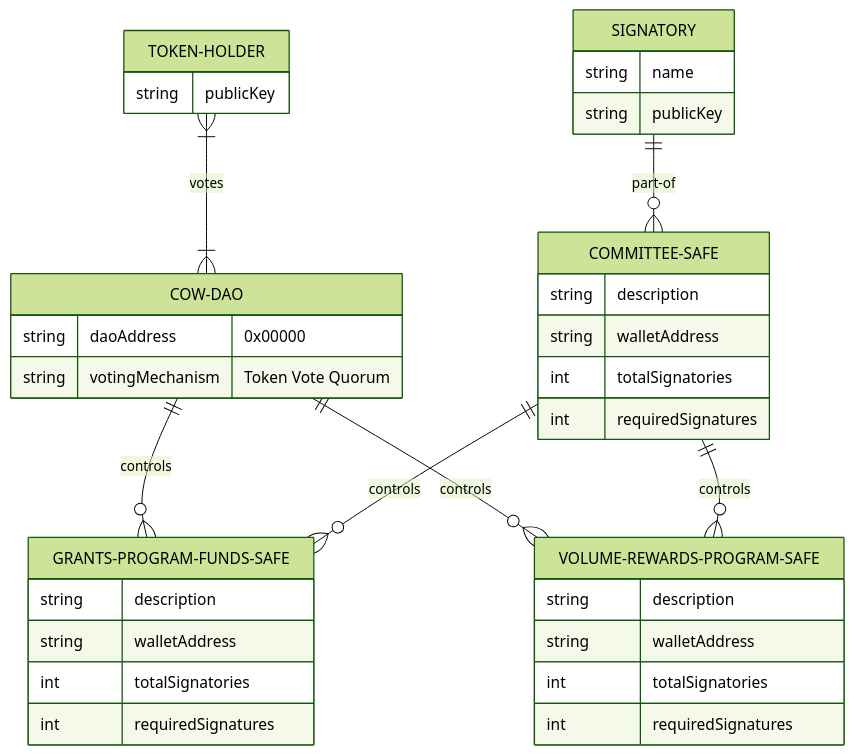
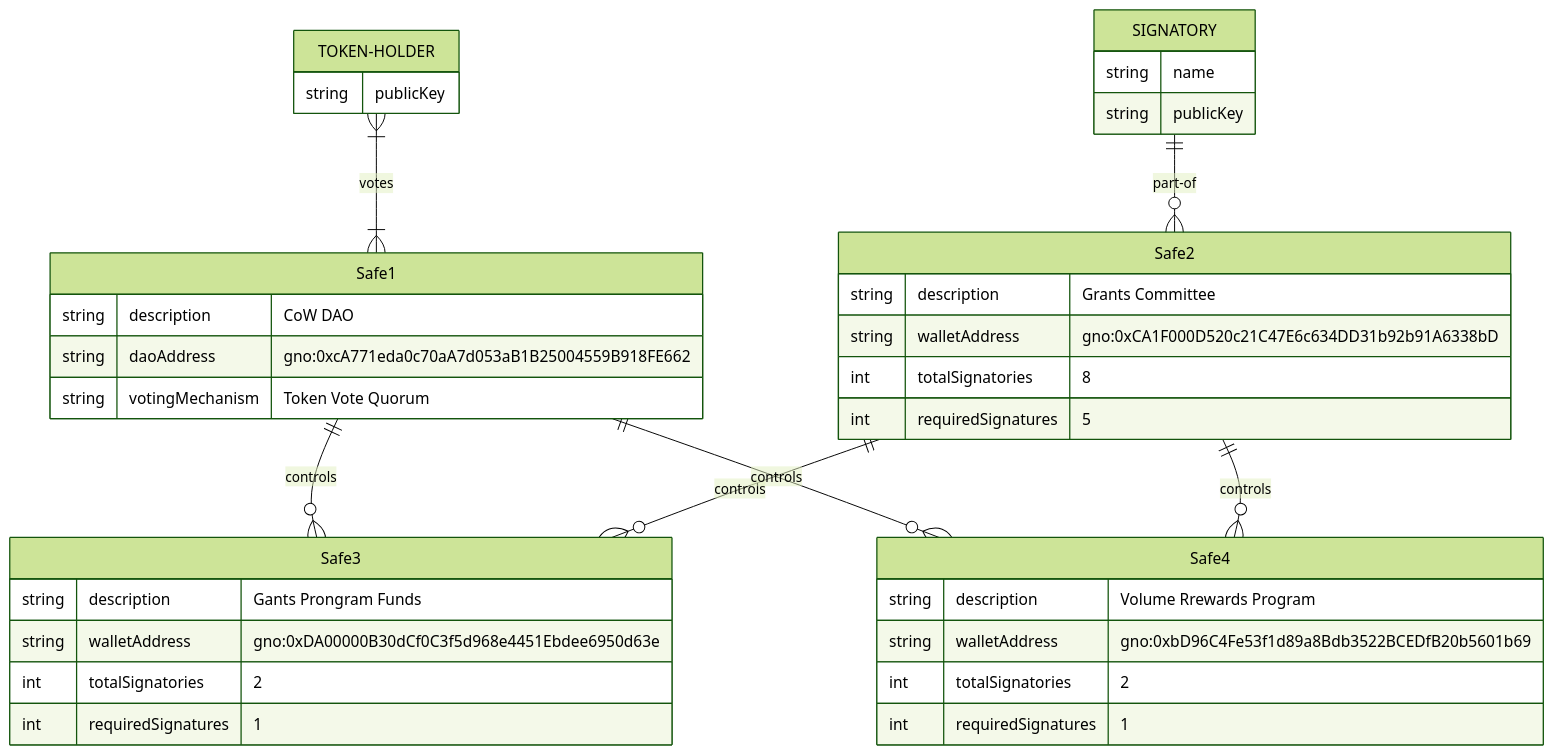
Before and after one commit to cowprotocol/docs: the diagram in docs/governance/grants/grants-program.md, drawn with Mermaid (forest theme). The commit also changed other lines of this file, not shown here.

````diff
--- a/docs/governance/grants/grants-program.md
+++ b/docs/governance/grants/grants-program.md
@@ -78,39 +78,40 @@
 ```mermaid
 erDiagram
-    COW-DAO ||--o{ GRANTS-PROGRAM-FUNDS-SAFE : controls
-    COMMITTEE-SAFE ||--o{ GRANTS-PROGRAM-FUNDS-SAFE : controls
-    COW-DAO ||--o{ VOLUME-REWARDS-PROGRAM-SAFE : controls
-    COMMITTEE-SAFE ||--o{ VOLUME-REWARDS-PROGRAM-SAFE : controls
-    TOKEN-HOLDER }|--|{ COW-DAO : votes
-    SIGNATORY ||--o{ COMMITTEE-SAFE : part-of
+    Safe1 ||--o{ Safe3 : controls
+    Safe2 ||--o{ Safe3 : controls
+    Safe1 ||--o{ Safe4 : controls
+    Safe2 ||--o{ Safe4 : controls
+    TOKEN-HOLDER }|--|{ Safe1 : votes
+    SIGNATORY ||--o{ Safe2 : part-of
 
-    COW-DAO {
-        string daoAddress "0x00000"
+    Safe1 {
+        string description "CoW DAO"
+        string daoAddress "gno:0xcA771eda0c70aA7d053aB1B25004559B918FE662"
         string votingMechanism "Token Vote Quorum"
     }
-    COMMITTEE-SAFE {
-        string description
-        string walletAddress
-        int totalSignatories
-        int requiredSignatures
+    Safe2 {
+        string description "Grants Committee"
+        string walletAddress "gno:0xCA1F000D520c21C47E6c634DD31b92b91A6338bD"
+        int totalSignatories "8"
+        int requiredSignatures "5"
     }
-    GRANTS-PROGRAM-FUNDS-SAFE {
-        string description
-        string walletAddress
-        int totalSignatories
-        int requiredSignatures
+    Safe3 {
+        string description "Gants Prongram Funds"
+        string walletAddress "gno:0xDA00000B30dCf0C3f5d968e4451Ebdee6950d63e"
+        int totalSignatories "2"
+        int requiredSignatures "1"
     }
-    VOLUME-REWARDS-PROGRAM-SAFE {
-        string description
-        string walletAddress
-        int totalSignatories
-        int requiredSignatures
+    Safe4 {
+        string description "Volume Rrewards Program"
+        string walletAddress "gno:0xbD96C4Fe53f1d89a8Bdb3522BCEDfB20b5601b69"
+        int totalSignatories "2"
+        int requiredSignatures "1"
     }
     TOKEN-HOLDER {
         string publicKey
     }
     SIGNATORY {
         string name
         string publicKey
     }
 ```
````
